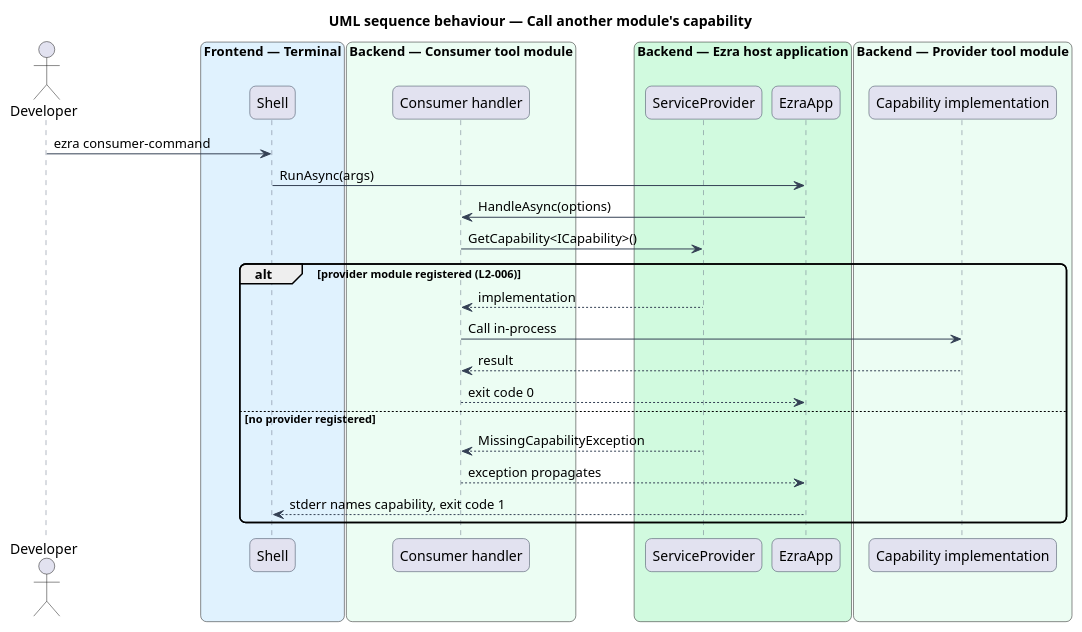
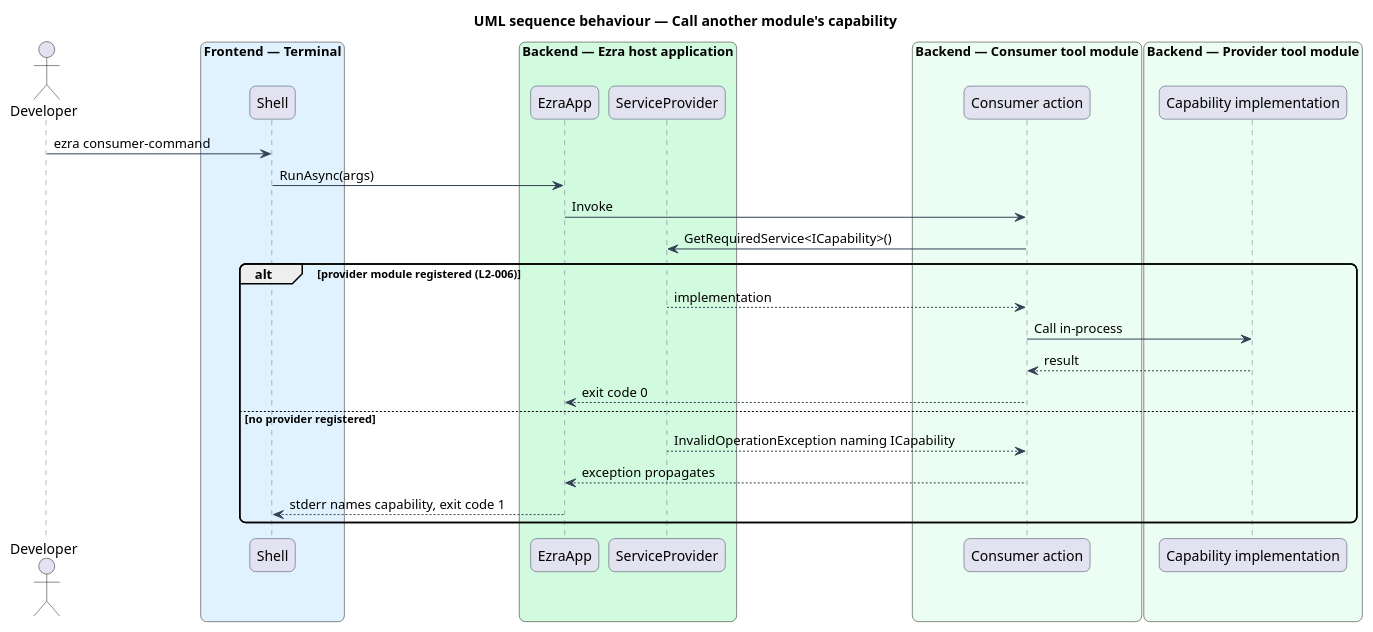
One commit to QuinntyneBrown/ezra changed the diagram in docs/detailed-designs/cli-host/register-tool-modules/diagrams/sequence-capability.puml. Above: the diagram before and after it, drawn with PlantUML. The commit also changed 26 other files, not shown here.

First line of the commit message:
Verify lazy handler services and help startup time; align designs with code

```diff
--- a/docs/detailed-designs/cli-host/register-tool-modules/diagrams/sequence-capability.puml
+++ b/docs/detailed-designs/cli-host/register-tool-modules/diagrams/sequence-capability.puml
@@ -1,40 +1,40 @@
 @startuml
 title UML sequence behaviour — Call another module's capability
 skinparam backgroundColor #FFFFFF
 skinparam shadowing false
 skinparam roundcorner 12
 skinparam defaultFontName Arial
 skinparam ArrowColor #344054
 skinparam sequence {
   ParticipantBorderColor #344054
   LifeLineBorderColor #667085
 }
 actor "Developer" as dev
 box "Frontend — Terminal" #E0F2FE
   participant "Shell" as shell
 end box
+box "Backend — Ezra host application" #D1FADF
+  participant "EzraApp" as app
+  participant "ServiceProvider" as sp
+end box
 box "Backend — Consumer tool module" #ECFDF3
-  participant "Consumer handler" as handler
-end box
-box "Backend — Ezra host application" #D1FADF
-  participant "ServiceProvider" as sp
-  participant "EzraApp" as app
+  participant "Consumer action" as action
 end box
 box "Backend — Provider tool module" #ECFDF3
   participant "Capability implementation" as impl
 end box
 dev -> shell : ezra consumer-command
 shell -> app : RunAsync(args)
-app -> handler : HandleAsync(options)
-handler -> sp : GetCapability<ICapability>()
+app -> action : Invoke
+action -> sp : GetRequiredService<ICapability>()
 alt provider module registered (L2-006)
-  sp --> handler : implementation
-  handler -> impl : Call in-process
-  impl --> handler : result
-  handler --> app : exit code 0
+  sp --> action : implementation
+  action -> impl : Call in-process
+  impl --> action : result
+  action --> app : exit code 0
 else no provider registered
-  sp --> handler : MissingCapabilityException
-  handler --> app : exception propagates
+  sp --> action : InvalidOperationException naming ICapability
+  action --> app : exception propagates
   app --> shell : stderr names capability, exit code 1
 end
 @enduml
```
